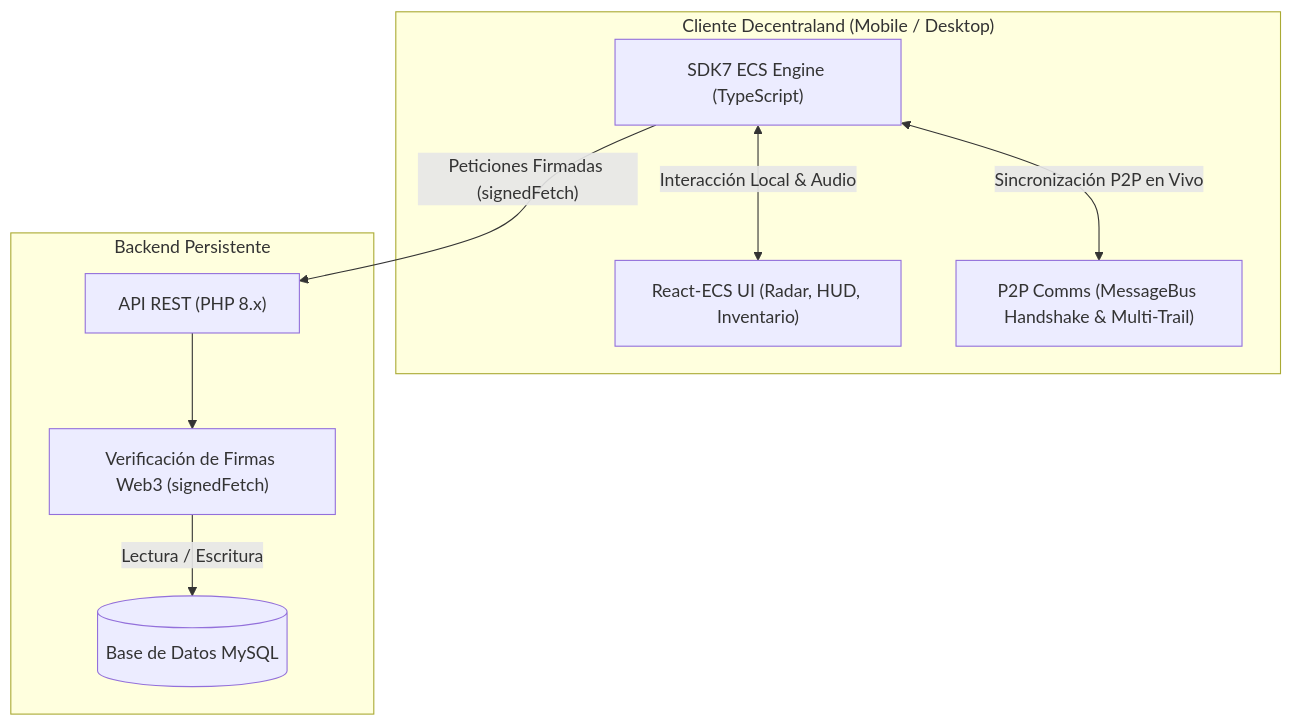
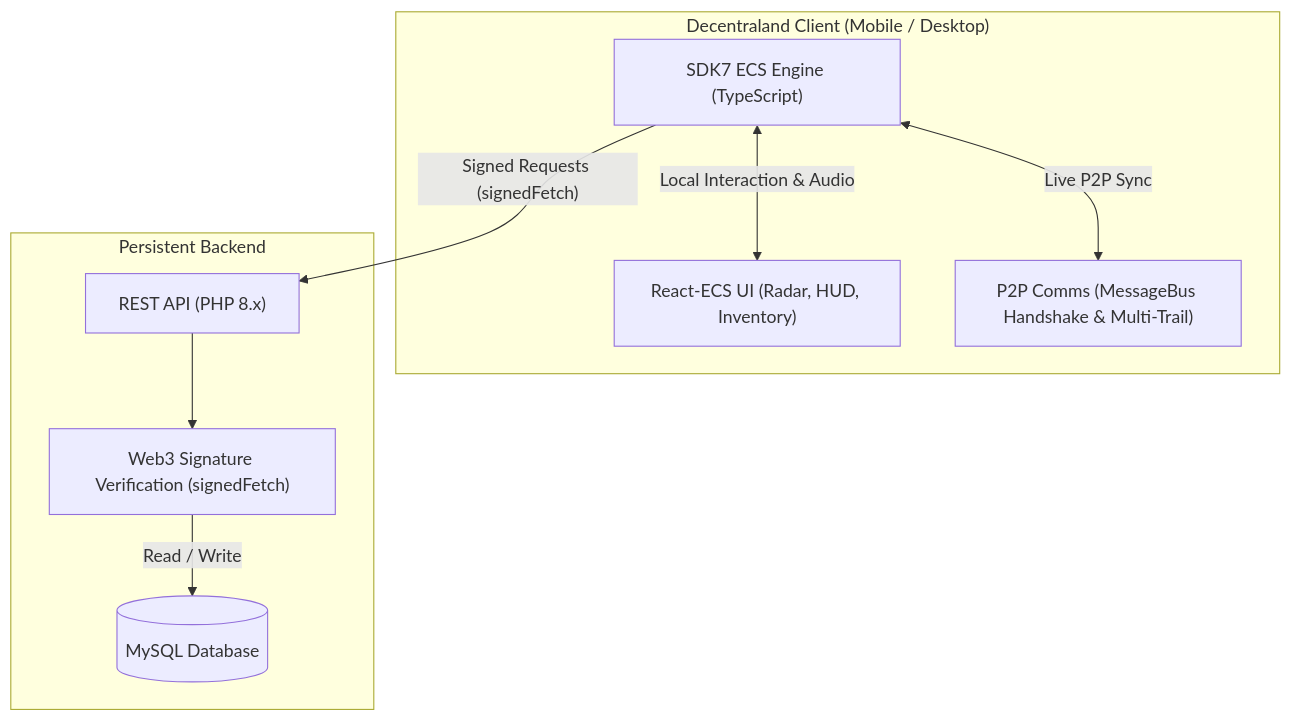
Before and after one commit to cjbaezilla/Hackathon-Decentraland-Golems-World: the third of 3 diagrams in README.md, drawn with Mermaid. The commit also changed other lines of this file and 2 other files, not shown here.

````diff
--- a/README.md
+++ b/README.md
@@ -276,20 +280,20 @@
 ```mermaid
 graph TD
-    subgraph Cliente_Decentraland["Cliente Decentraland (Mobile / Desktop)"]
+    subgraph Decentraland_Client["Decentraland Client (Mobile / Desktop)"]
         ECS["SDK7 ECS Engine (TypeScript)"]
-        UI["React-ECS UI (Radar, HUD, Inventario)"]
+        UI["React-ECS UI (Radar, HUD, Inventory)"]
         Multi["P2P Comms (MessageBus Handshake & Multi-Trail)"]
     end
 
-    subgraph Backend_Persistente["Backend Persistente"]
-        API["API REST (PHP 8.x)"]
-        AUTH["Verificación de Firmas Web3 (signedFetch)"]
-        DB[(Base de Datos MySQL)]
+    subgraph Persistent_Backend["Persistent Backend"]
+        API["REST API (PHP 8.x)"]
+        AUTH["Web3 Signature Verification (signedFetch)"]
+        DB[(MySQL Database)]
     end
 
-    ECS <-->|"Interacción Local & Audio"| UI
-    ECS <-->|"Sincronización P2P en Vivo"| Multi
-    ECS -->|"Peticiones Firmadas (signedFetch)"| API
+    ECS <-->|"Local Interaction & Audio"| UI
+    ECS <-->|"Live P2P Sync"| Multi
+    ECS -->|"Signed Requests (signedFetch)"| API
     API --> AUTH
-    AUTH -->|"Lectura / Escritura"| DB
+    AUTH -->|"Read / Write"| DB
 ```
````
